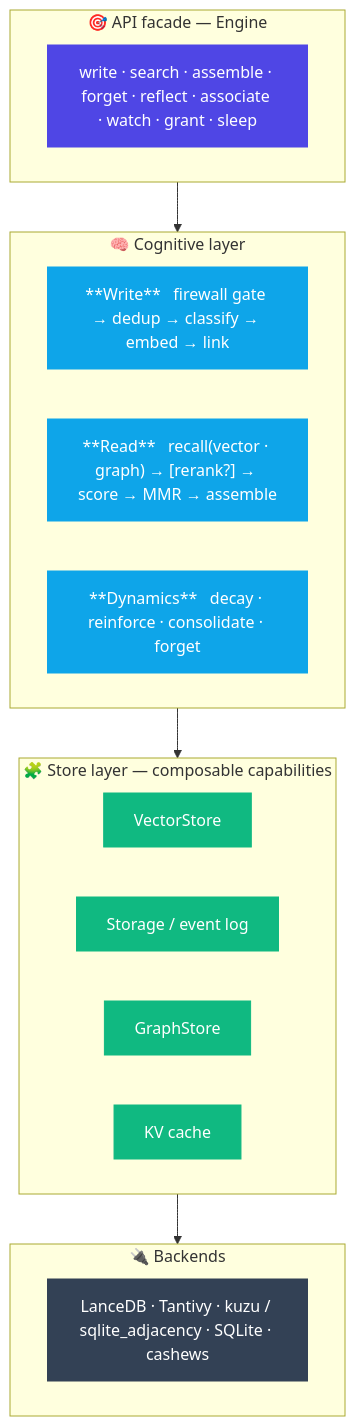
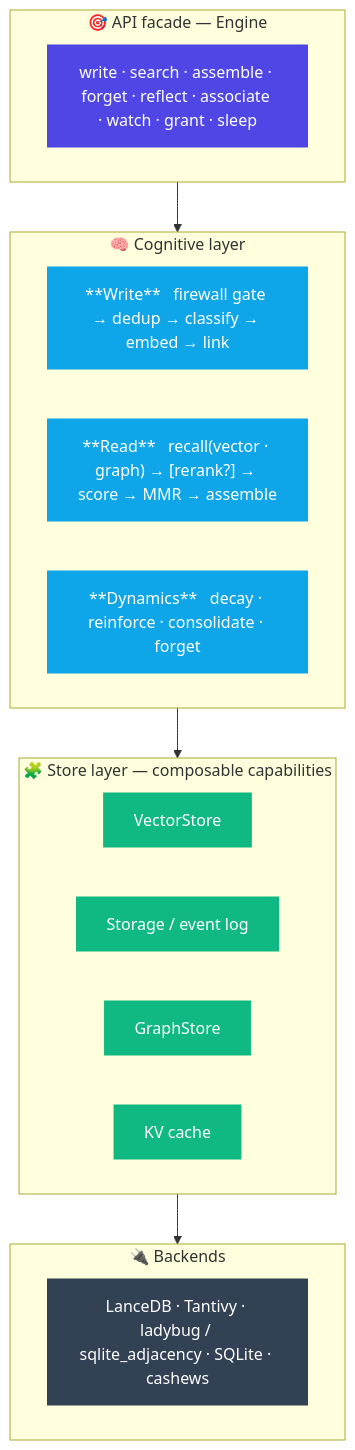
Before and after one commit to techiewonk/memspine: the first of 2 diagrams in README.md, drawn with Mermaid. The commit also changed other lines of this file and 521 other files, not shown here.

Commit message:
Implement unified provider architecture and remote service contracts

````diff
--- a/README.md
+++ b/README.md
@@ -385,30 +385,30 @@
 ```mermaid
 flowchart TB
     subgraph API["🎯 API facade — Engine"]
         A["write · search · assemble · forget · reflect · associate · watch · grant · sleep"]
     end
     subgraph COG["🧠 Cognitive layer"]
         W["**Write** &nbsp; firewall gate → dedup → classify → embed → link"]
         R["**Read** &nbsp; recall(vector · graph) → [rerank?] → score → MMR → assemble"]
         D["**Dynamics** &nbsp; decay · reinforce · consolidate · forget"]
     end
     subgraph STORE["🧩 Store layer — composable capabilities"]
         V["VectorStore"]
         DOC["Storage / event log"]
         G["GraphStore"]
         KV["KV cache"]
     end
     subgraph BK["🔌 Backends"]
-        B["LanceDB · Tantivy · kuzu / sqlite_adjacency · SQLite · cashews"]
+        B["LanceDB · Tantivy · ladybug / sqlite_adjacency · SQLite · cashews"]
     end
     API --> COG --> STORE --> BK
 
     classDef api fill:#4f46e5,stroke:#4f46e5,color:#fff;
     classDef cog fill:#0ea5e9,stroke:#0ea5e9,color:#fff;
     classDef store fill:#10b981,stroke:#10b981,color:#fff;
     classDef bk fill:#334155,stroke:#334155,color:#fff;
     class A api;
     class W,R,D cog;
     class V,DOC,G,KV store;
     class B bk;
 ```
````
